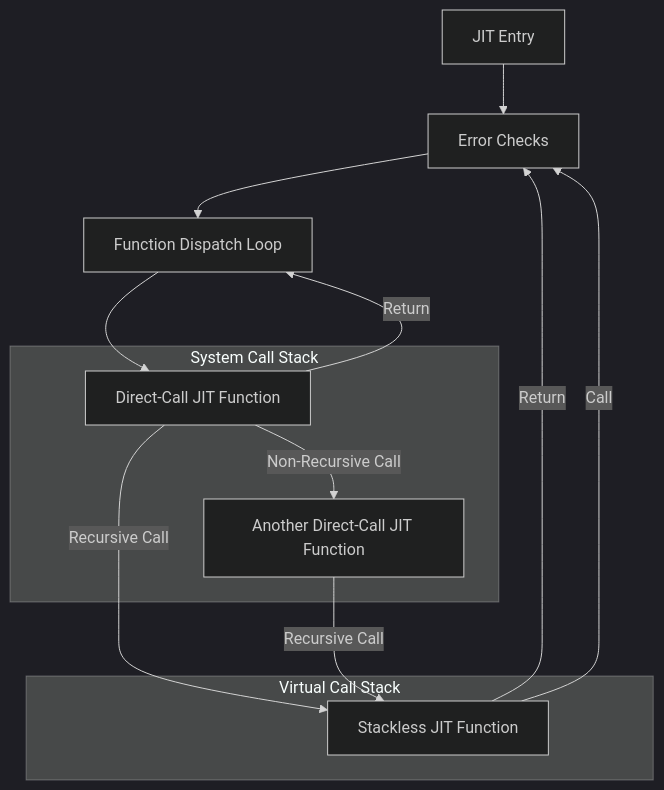
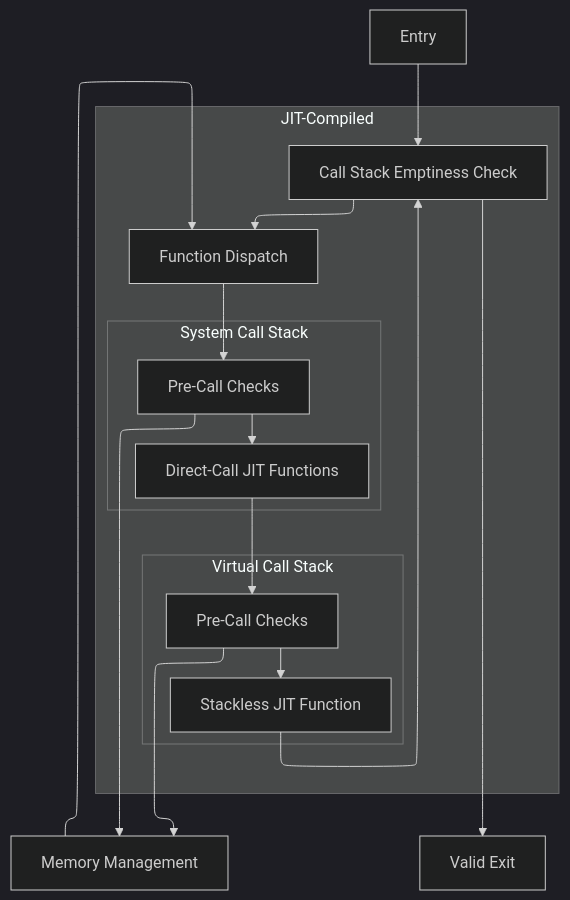
Before and after one commit to solaeus/dust: the diagram in DESIGN.md, drawn with Mermaid (dark theme).

````diff
--- a/DESIGN.md
+++ b/DESIGN.md
@@ -5,22 +5,35 @@
 ```mermaid
+---
+config:
+    flowchart:
+        defaultRenderer: "elk"
+---
 flowchart TD
-    A[JIT Entry]
-    B[Error Checks]
-    C[Function Dispatch Loop]
+    A[Entry]
+    subgraph JIT-Compiled
+    B[Call Stack Emptiness Check]
+    C[Function Dispatch]
     subgraph System Call Stack
-    D[Direct-Call JIT Function]
-    F[Another Direct-Call JIT Function]
+    D[Pre-Call Checks]
+    E[Direct-Call JIT Functions]
     end
     subgraph Virtual Call Stack
-    E[Stackless JIT Function]
+    F[Pre-Call Checks]
+    G[Stackless JIT Function]
     end
+    end
+    H[Memory Management]
+    I[Valid Exit]
+
     A --> B
     B --> C
+    B --> I
     C --> D
-    D --> |Return|C
-    D --> |Recursive Call|E
-    D --> |Non-Recursive Call|F
-    E --> |Return|B
-    E --> |Call| B
-    F --> |Recursive Call|E
+    D --> E
+    D --> H
+    E --> F
+    F --> G
+    F --> H
+    G --> B
+    H --> C
 ```
````
